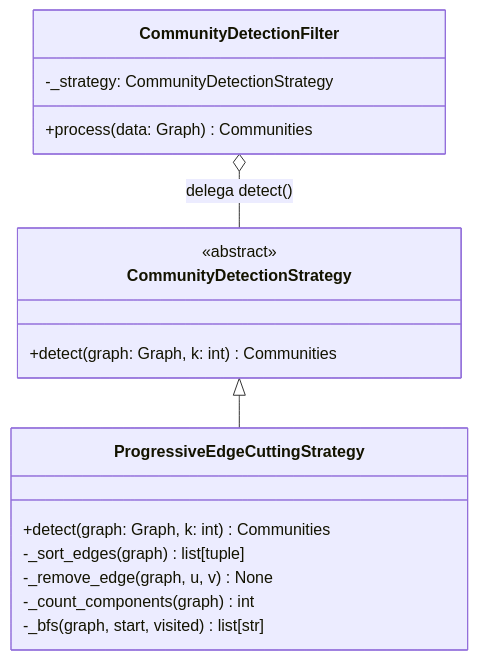
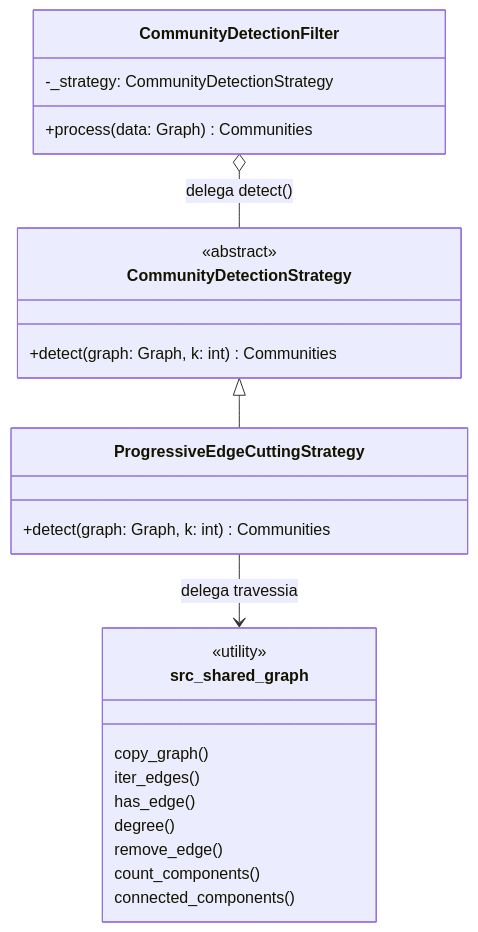
The fifth of 5 diagrams in docs/padroes_projeto.md (RufinoVfR/GameReviewGraph), drawn with Mermaid before and after one commit. The commit also changed other lines of this file and 5 other files, not shown here.

````diff
--- a/docs/padroes_projeto.md
+++ b/docs/padroes_projeto.md
@@ -230,23 +257,31 @@
 ```mermaid
 classDiagram
     class CommunityDetectionStrategy {
         <<abstract>>
         +detect(graph: Graph, k: int) Communities
     }
 
     class ProgressiveEdgeCuttingStrategy {
         +detect(graph: Graph, k: int) Communities
-        -_sort_edges(graph) list[tuple]
-        -_remove_edge(graph, u, v) None
-        -_count_components(graph) int
-        -_bfs(graph, start, visited) list[str]
+    }
+
+    class src_shared_graph {
+        <<utility>>
+        copy_graph()
+        iter_edges()
+        has_edge()
+        degree()
+        remove_edge()
+        count_components()
+        connected_components()
     }
 
     class CommunityDetectionFilter {
         -_strategy: CommunityDetectionStrategy
         +process(data: Graph) Communities
     }
 
     CommunityDetectionStrategy <|-- ProgressiveEdgeCuttingStrategy
     CommunityDetectionFilter o-- CommunityDetectionStrategy : delega detect()
+    ProgressiveEdgeCuttingStrategy --> src_shared_graph : delega travessia
 ```
````
